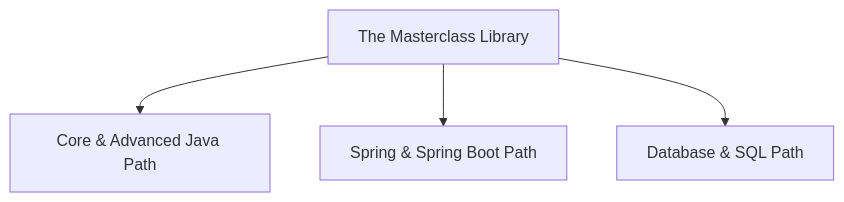
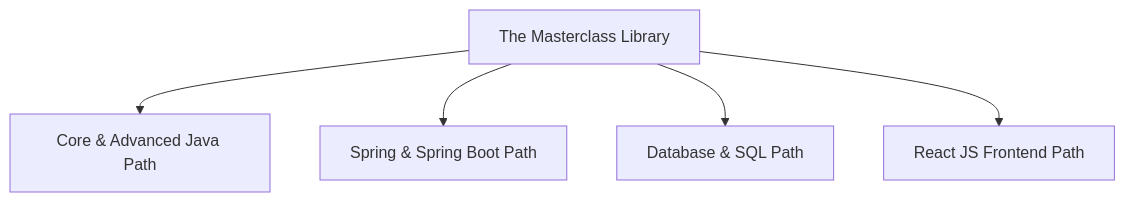
One commit to VishalH01/Java_Notes changed the diagram in README.md. Above: the diagram before and after it, drawn with Mermaid. The commit also changed other lines of this file and 12 other files, not shown here.

Commit message:
Added complete React JS Course Track with 10 topics and 50 coding interview questions

````diff
--- a/README.md
+++ b/README.md
@@ -13,10 +13,12 @@
 ```mermaid
 graph TD
     Root[The Masterclass Library] --> JavaTrack[Core & Advanced Java Path]
     Root --> SpringBootTrack[Spring & Spring Boot Path]
     Root --> SQLTrack[Database & SQL Path]
+    Root --> ReactTrack[React JS Frontend Path]
     
     click JavaTrack "Java/README.md" "Open Java Path"
     click SpringBootTrack "SpringBoot/README.md" "Open Spring Boot Path"
     click SQLTrack "SQL/README.md" "Open SQL Path"
+    click ReactTrack "React/README.md" "Open React Path"
 ```
````
